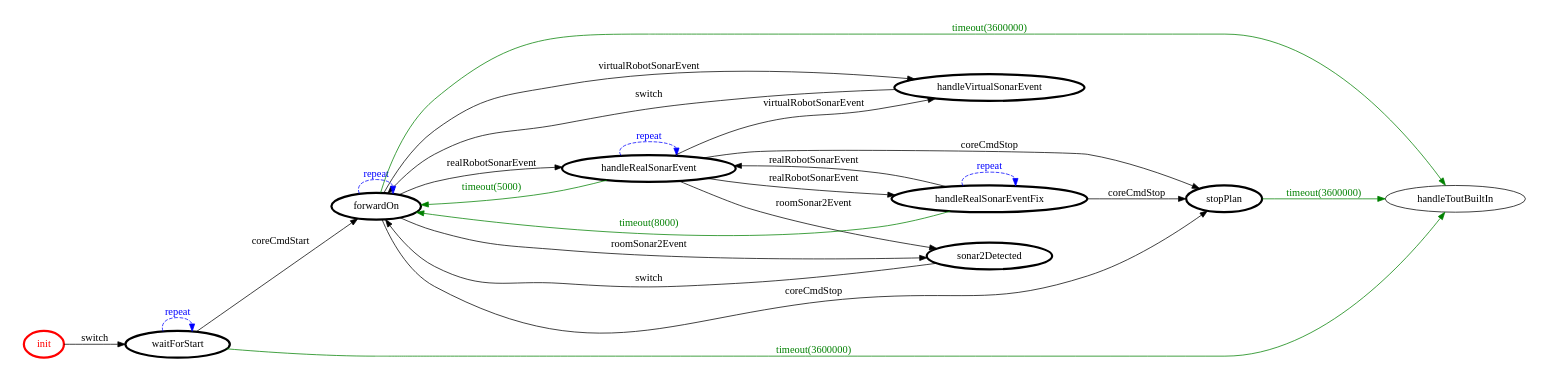
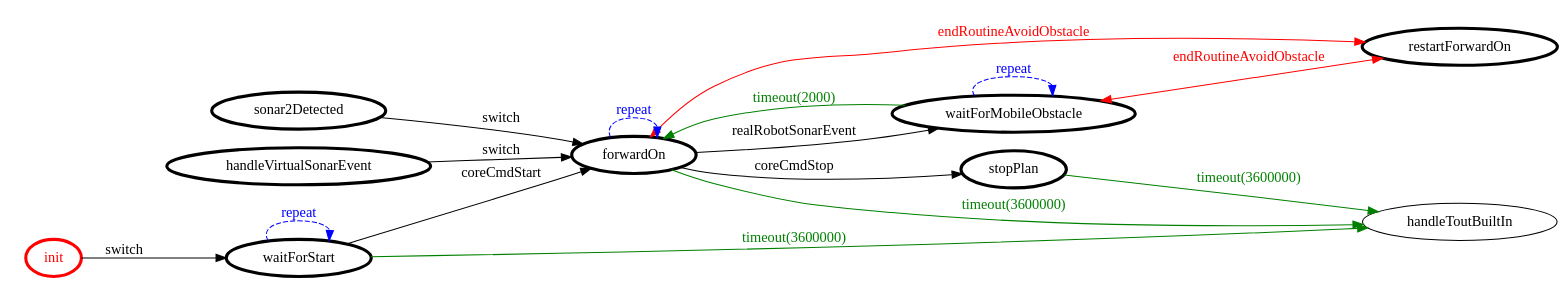
The diagram in it.unibo.projectRobot/srcMore/it/unibo/movecorelogic/movecorelogic.gv (FraGio/iss2018), drawn with Graphviz before and after one commit. The commit also changed 35 other files, not shown here.

Commit message:
R-AvoidMobile R-AvoidFix

```diff
--- a/it.unibo.projectRobot/srcMore/it/unibo/movecorelogic/movecorelogic.gv
+++ b/it.unibo.projectRobot/srcMore/it/unibo/movecorelogic/movecorelogic.gv
@@ -1,44 +1,36 @@
 /*
 *
 * A GraphViz DOT FSM description 
 * Please use a GraphViz visualizer (like http://www.webgraphviz.com)
 *  
 */
 
 digraph finite_state_machine {
 	rankdir=LR
 	size="8,5"
 	
 	init [ color = red ][ fontcolor = red ][ penwidth = 3 ]
-	handleRealSonarEvent [ color = black ][ fontcolor = black ][ penwidth = 3 ]
 	handleVirtualSonarEvent [ color = black ][ fontcolor = black ][ penwidth = 3 ]
 	sonar2Detected [ color = black ][ fontcolor = black ][ penwidth = 3 ]
-	handleRealSonarEventFix [ color = black ][ fontcolor = black ][ penwidth = 3 ]
+	restartForwardOn [ color = black ][ fontcolor = black ][ penwidth = 3 ]
+	waitForMobileObstacle [ color = black ][ fontcolor = black ][ penwidth = 3 ]
 	waitForStart [ color = black ][ fontcolor = black ][ penwidth = 3 ]
 	forwardOn [ color = black ][ fontcolor = black ][ penwidth = 3 ]
 	stopPlan [ color = black ][ fontcolor = black ][ penwidth = 3 ]
 	
-	handleRealSonarEvent -> forwardOn [ label = "timeout(5000)" ][ color = green ][ fontcolor = green ]
+	waitForMobileObstacle -> restartForwardOn [ label = "endRoutineAvoidObstacle" ][ color = red ][ fontcolor = red ][ dir = both ]
 	sonar2Detected -> forwardOn [ label = "switch" ][ color = black ][ fontcolor = black ]
-	handleRealSonarEvent -> handleVirtualSonarEvent [ label = "virtualRobotSonarEvent" ][ color = black ][ fontcolor = black ]
 	waitForStart -> handleToutBuiltIn [ label = "timeout(3600000)" ][ color = green ][ fontcolor = green ]
 	handleVirtualSonarEvent -> forwardOn [ label = "switch" ][ color = black ][ fontcolor = black ]
-	handleRealSonarEventFix -> forwardOn [ label = "timeout(8000)" ][ color = green ][ fontcolor = green ]
-	handleRealSonarEventFix -> handleRealSonarEventFix [ label = "repeat "][ style = dashed ][ color = blue ][ fontcolor = blue ]
+	waitForMobileObstacle -> forwardOn [ label = "timeout(2000)" ][ color = green ][ fontcolor = green ]
+	forwardOn -> restartForwardOn [ label = "endRoutineAvoidObstacle" ][ color = red ][ fontcolor = red ][ dir = both ]
 	stopPlan -> handleToutBuiltIn [ label = "timeout(3600000)" ][ color = green ][ fontcolor = green ]
-	handleRealSonarEvent -> sonar2Detected [ label = "roomSonar2Event" ][ color = black ][ fontcolor = black ]
 	waitForStart -> forwardOn [ label = "coreCmdStart" ][ color = black ][ fontcolor = black ]
 	forwardOn -> handleToutBuiltIn [ label = "timeout(3600000)" ][ color = green ][ fontcolor = green ]
-	handleRealSonarEventFix -> stopPlan [ label = "coreCmdStop" ][ color = black ][ fontcolor = black ]
-	handleRealSonarEvent -> stopPlan [ label = "coreCmdStop" ][ color = black ][ fontcolor = black ]
+	waitForMobileObstacle -> waitForMobileObstacle [ label = "repeat "][ style = dashed ][ color = blue ][ fontcolor = blue ]
 	forwardOn -> stopPlan [ label = "coreCmdStop" ][ color = black ][ fontcolor = black ]
-	forwardOn -> handleVirtualSonarEvent [ label = "virtualRobotSonarEvent" ][ color = black ][ fontcolor = black ]
-	handleRealSonarEvent -> handleRealSonarEventFix [ label = "realRobotSonarEvent" ][ color = black ][ fontcolor = black ]
+	forwardOn -> waitForMobileObstacle [ label = "realRobotSonarEvent" ][ color = black ][ fontcolor = black ]
 	waitForStart -> waitForStart [ label = "repeat "][ style = dashed ][ color = blue ][ fontcolor = blue ]
-	forwardOn -> handleRealSonarEvent [ label = "realRobotSonarEvent" ][ color = black ][ fontcolor = black ]
 	forwardOn -> forwardOn [ label = "repeat "][ style = dashed ][ color = blue ][ fontcolor = blue ]
 	init -> waitForStart [ label = "switch" ][ color = black ][ fontcolor = black ]
-	handleRealSonarEvent -> handleRealSonarEvent [ label = "repeat "][ style = dashed ][ color = blue ][ fontcolor = blue ]
-	forwardOn -> sonar2Detected [ label = "roomSonar2Event" ][ color = black ][ fontcolor = black ]
-	handleRealSonarEventFix -> handleRealSonarEvent [ label = "realRobotSonarEvent" ][ color = black ][ fontcolor = black ]
 }
```
